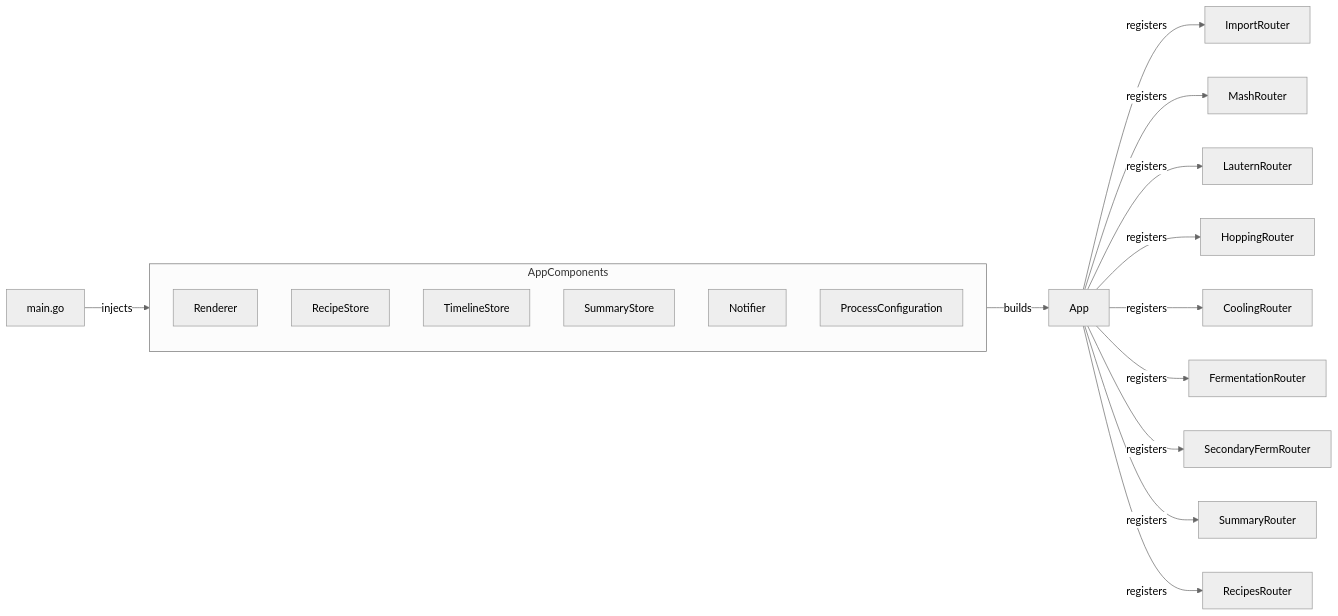
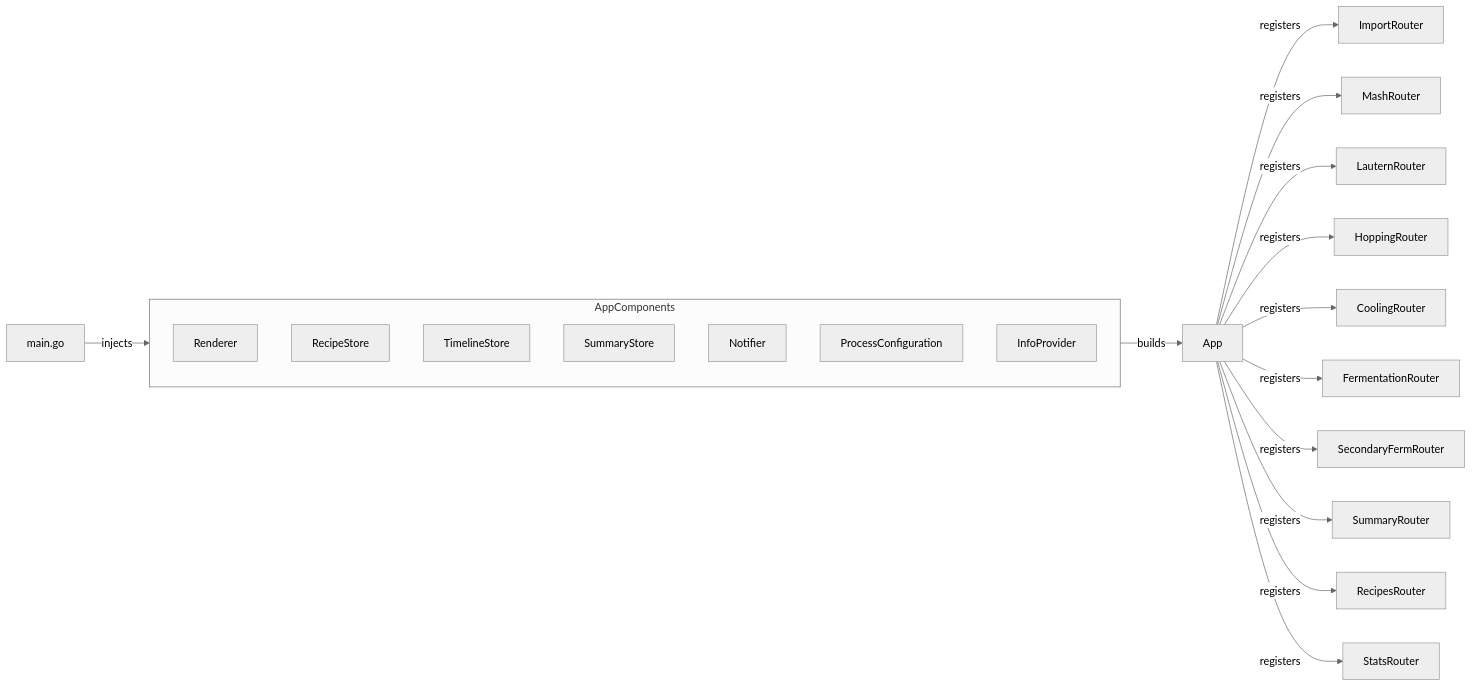
Before and after one commit to juan-castrillon/brewday: the third of 8 diagrams in TECHNICAL_OVERVIEW.md, drawn with Mermaid (neutral theme). The commit also changed other lines of this file and 65 other files, not shown here.

````diff
--- a/TECHNICAL_OVERVIEW.md
+++ b/TECHNICAL_OVERVIEW.md
@@ -223,24 +224,26 @@
 ```mermaid
 graph LR
     subgraph AppComponents
         Renderer
         RecipeStore
         TimelineStore
         SummaryStore
         Notifier
         ProcessConfiguration
+        InfoProvider
     end
 
     main.go -->|injects| AppComponents
     AppComponents -->|builds| App
 
     App -->|registers| ImportRouter
     App -->|registers| MashRouter
     App -->|registers| LauternRouter
     App -->|registers| HoppingRouter
     App -->|registers| CoolingRouter
     App -->|registers| FermentationRouter
     App -->|registers| SecondaryFermRouter
     App -->|registers| SummaryRouter
     App -->|registers| RecipesRouter
+    App -->|registers| StatsRouter
 ```
````
